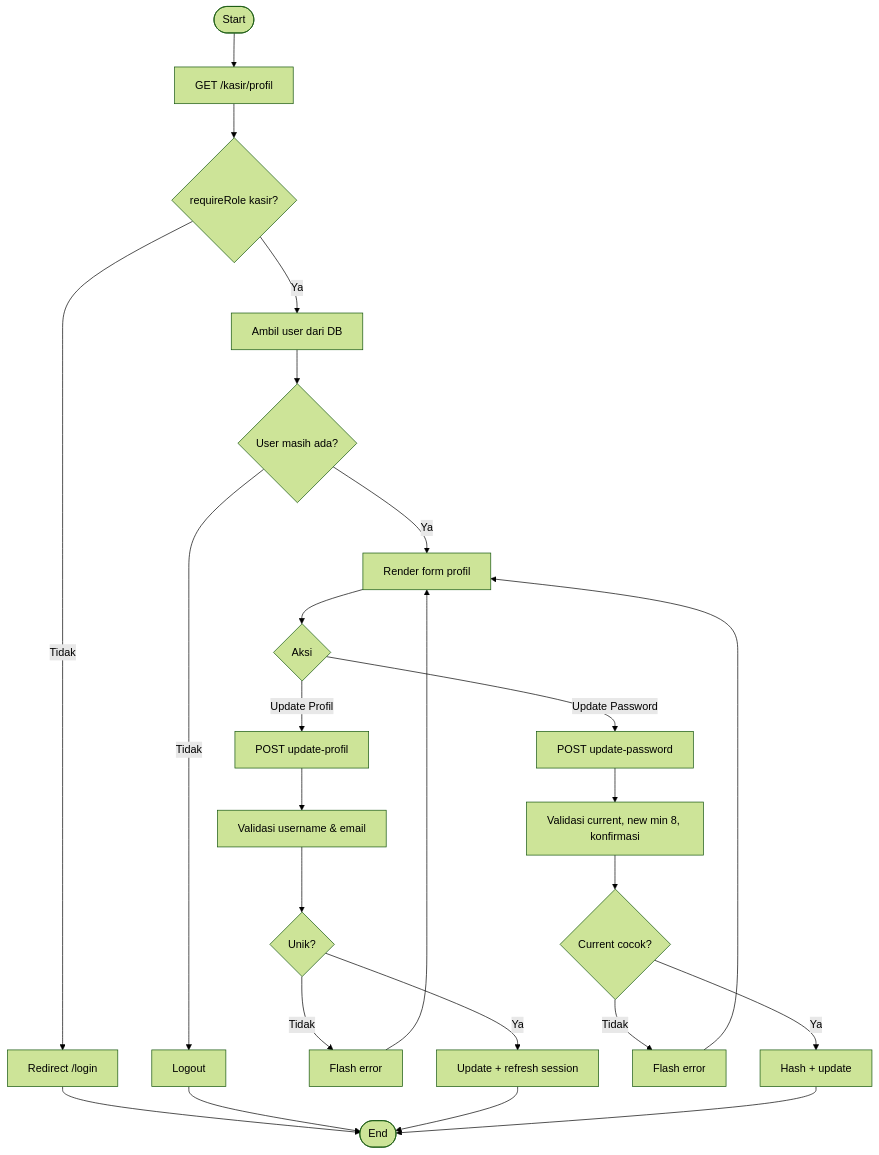
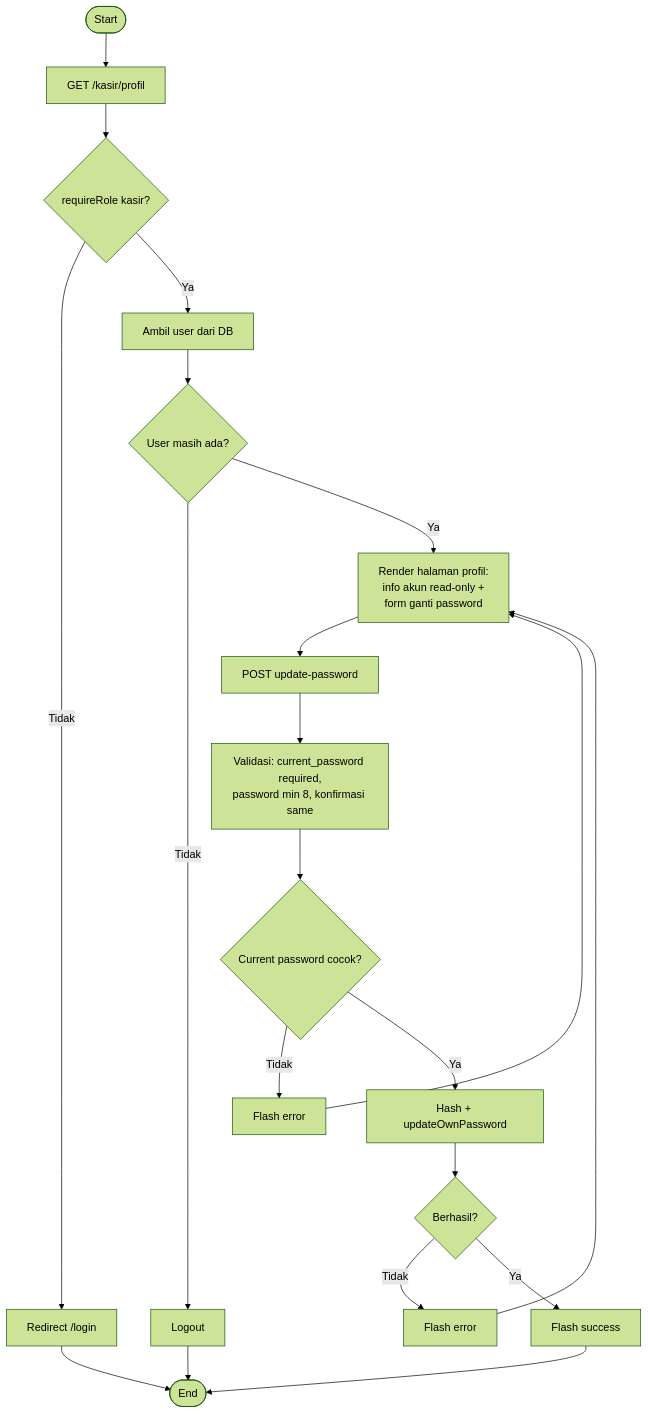
Before and after one commit to wiistore/fix-project: diagram 17 of 17 in docs/01-flowchart.md, drawn with Mermaid (forest theme). The commit also changed other lines of this file and 1 other file, not shown here.

Commit message:
docs: fix profil kasir - hanya ganti password, tanpa edit username/email
Sesuai KasirController.php yang hanya punya method dashboard, profil, updatePassword (tidak ada updateProfil)

````diff
--- a/docs/01-flowchart.md
+++ b/docs/01-flowchart.md
@@ -538,21 +539,18 @@
 ```mermaid
 flowchart TD
     A([Start]) --> B[GET /kasir/profil]
     B --> C{requireRole kasir?}
     C -- Tidak --> D[Redirect /login] --> Z([End])
     C -- Ya --> E[Ambil user dari DB]
     E --> F{User masih ada?}
     F -- Tidak --> G[Logout] --> Z
-    F -- Ya --> H[Render form profil]
-    H --> I{Aksi}
-    I -- Update Profil --> J[POST update-profil]
-    J --> J1[Validasi username & email]
-    J1 --> J2{Unik?}
-    J2 -- Tidak --> J3[Flash error] --> H
-    J2 -- Ya --> J4[Update + refresh session] --> Z
-    I -- Update Password --> K[POST update-password]
-    K --> K1[Validasi current, new min 8, konfirmasi]
-    K1 --> K2{Current cocok?}
+    F -- Ya --> H[Render halaman profil:<br/>info akun read-only +<br/>form ganti password]
+    H --> K[POST update-password]
+    K --> K1[Validasi: current_password required,<br/>password min 8, konfirmasi same]
+    K1 --> K2{Current password cocok?}
     K2 -- Tidak --> K3[Flash error] --> H
-    K2 -- Ya --> K4[Hash + update] --> Z
+    K2 -- Ya --> K4[Hash + updateOwnPassword]
+    K4 --> K5{Berhasil?}
+    K5 -- Tidak --> K6[Flash error] --> H
+    K5 -- Ya --> K7[Flash success] --> Z
 ```
````
